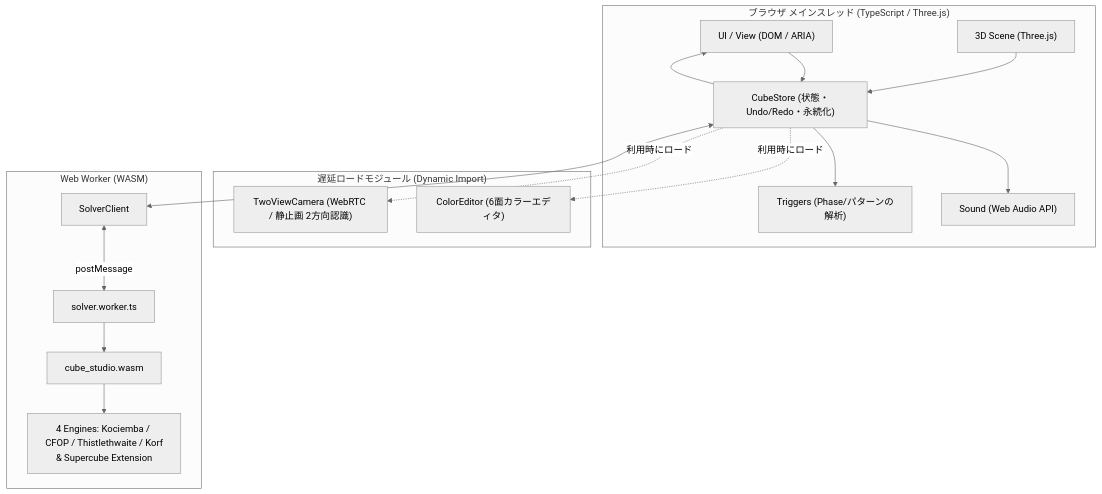
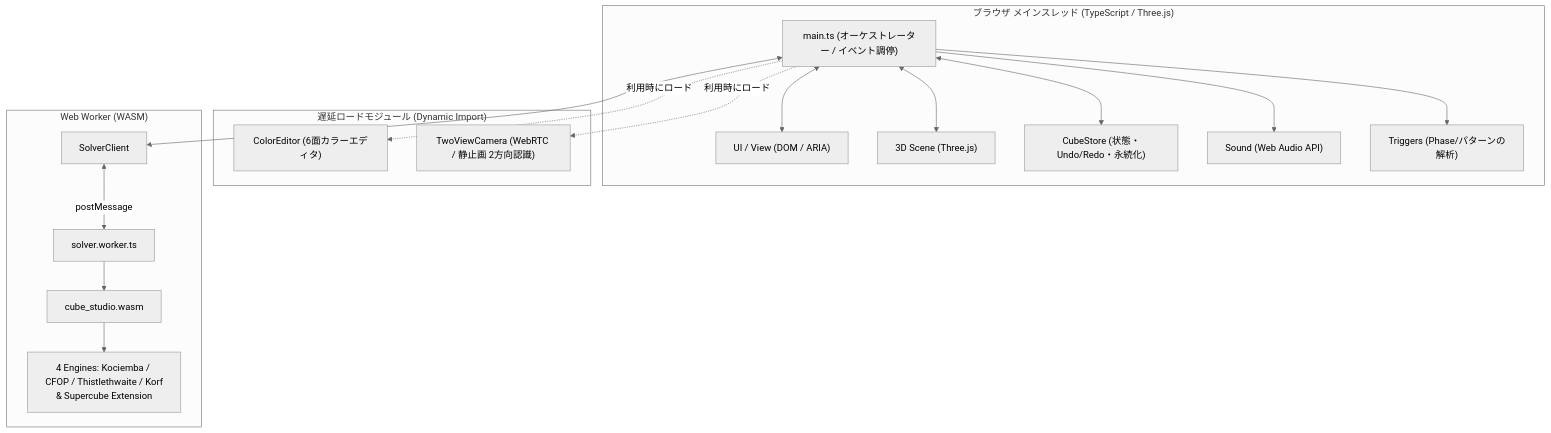
Before and after one commit to katoy/rust-r-cube: the diagram in 3x3-web-2/README.md, drawn with Mermaid (neutral theme). The commit also changed other lines of this file and 15 other files, not shown here.

````diff
--- a/3x3-web-2/README.md
+++ b/3x3-web-2/README.md
@@ -145,34 +148,35 @@
 ```mermaid
 flowchart TD
-    subgraph UI ["ブラウザ メインスレッド (TypeScript / Three.js)"]
+    subgraph App ["ブラウザ メインスレッド (TypeScript / Three.js)"]
+        Main["main.ts (オーケストレーター / イベント調停)"]
         View["UI / View (DOM / ARIA)"]
         Scene["3D Scene (Three.js)"]
         Store["CubeStore (状態・Undo/Redo・永続化)"]
         Sound["Sound (Web Audio API)"]
         Triggers["Triggers (Phase/パターンの解析)"]
-        View --> Store
-        Scene --> Store
-        Store --> View
-        Store --> Sound
-        Store --> Triggers
+
+        Main <--> View
+        Main <--> Scene
+        Main <--> Store
+        Main --> Sound
+        Main --> Triggers
     end
 
     subgraph Dynamic ["遅延ロードモジュール (Dynamic Import)"]
         Editor["ColorEditor (6面カラーエディタ)"]
         Camera["TwoViewCamera (WebRTC / 静止画 2方向認識)"]
-        Store -.->|利用時にロード| Editor
-        Store -.->|利用時にロード| Camera
+        Main -.->|利用時にロード| Editor
+        Main -.->|利用時にロード| Camera
     end
 
     subgraph Worker ["Web Worker (WASM)"]
         Client["SolverClient"]
         WasmWorker["solver.worker.ts"]
         RustWasm["cube_studio.wasm"]
         Solver["4 Engines: Kociemba / CFOP / Thistlethwaite / Korf<br>& Supercube Extension"]
+        Main <--> Client
         Client <-->|postMessage| WasmWorker
         WasmWorker --> RustWasm
         RustWasm --> Solver
     end
-
-    Store <--> Client
 ```
````
